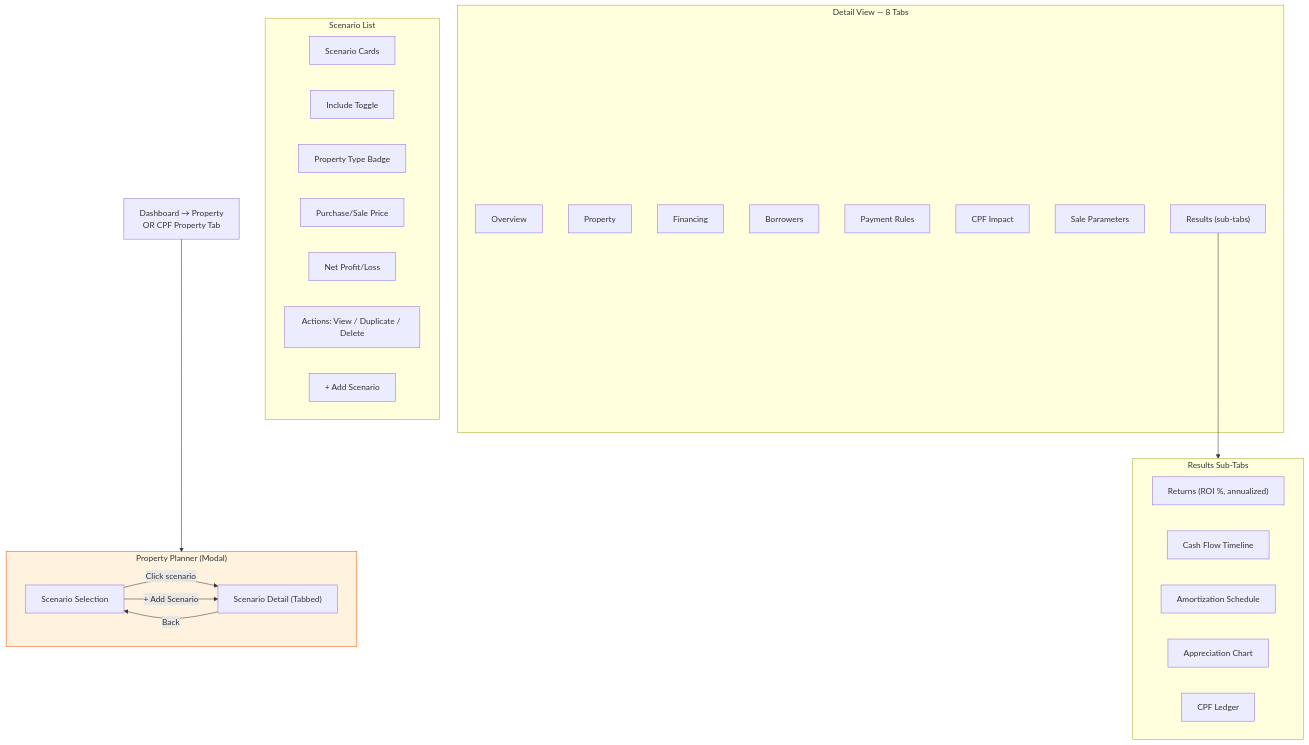
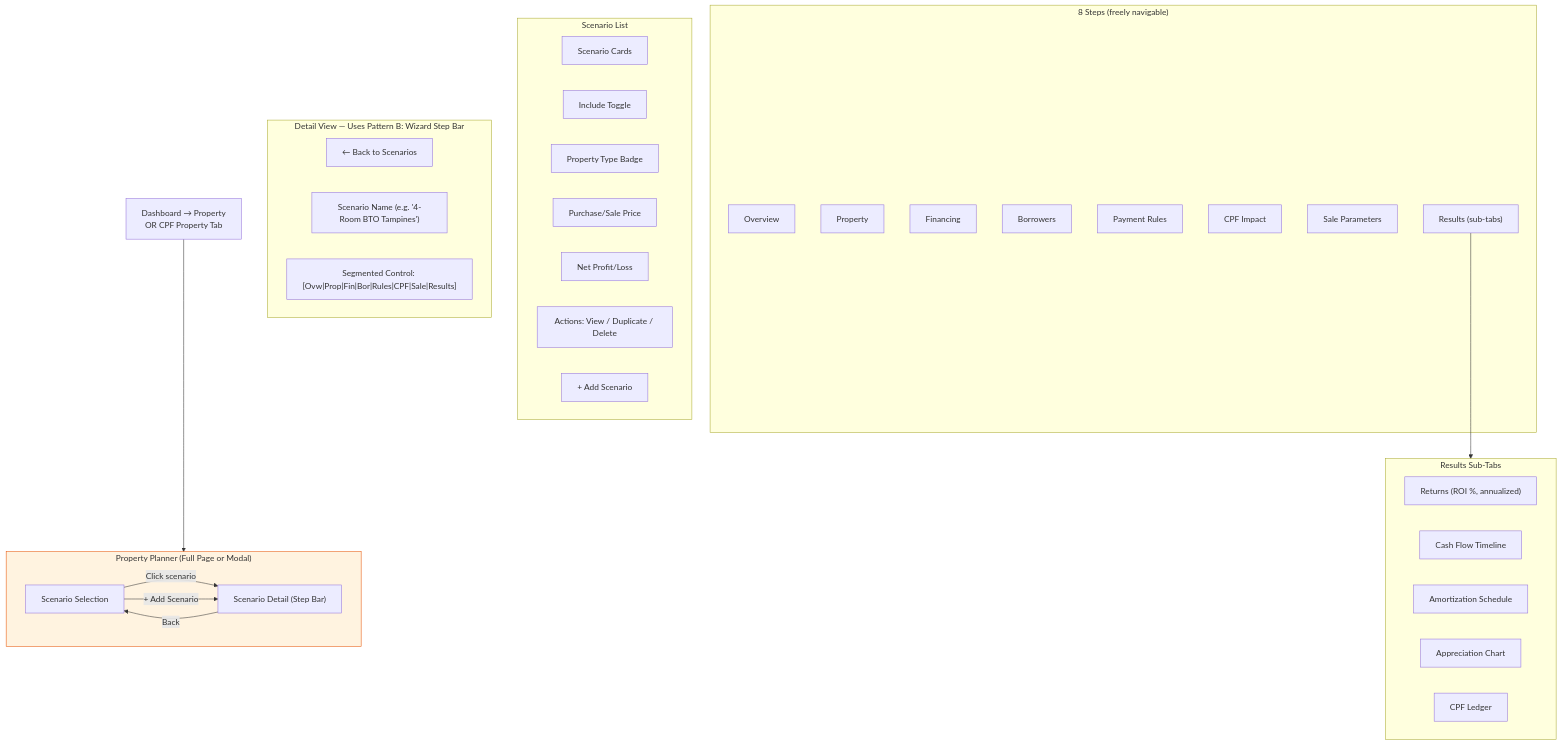
Diagram 33 of 43 in spec/assetra-user-journey-interaction-map.md (jcleow/wealthproject), drawn with Mermaid before and after one commit. The commit also changed other lines of this file and 2 other files, not shown here.

First line of the commit message:
fix: bump modal z-index to z-[200] and document standard nav patterns

````diff
--- a/spec/assetra-user-journey-interaction-map.md
+++ b/spec/assetra-user-journey-interaction-map.md
@@ -1065,46 +1273,52 @@
 ```mermaid
 flowchart TB
     ENTRY["Dashboard → Property\nOR CPF Property Tab"] --> PROP_MODAL["PropertyPlannerModal"]
 
-    subgraph PROP_MODAL["Property Planner (Modal)"]
+    subgraph PROP_MODAL["Property Planner (Full Page or Modal)"]
         LIST["Scenario Selection"]
-        DETAIL["Scenario Detail (Tabbed)"]
+        DETAIL["Scenario Detail (Step Bar)"]
     end
 
     LIST -->|"Click scenario"| DETAIL
     LIST -->|"+ Add Scenario"| DETAIL
     DETAIL -->|"Back"| LIST
 
     subgraph LIST_CONTENT["Scenario List"]
         SC1["Scenario Cards"]
         SC2["Include Toggle"]
         SC3["Property Type Badge"]
         SC4["Purchase/Sale Price"]
         SC5["Net Profit/Loss"]
         SC6["Actions: View / Duplicate / Delete"]
         SC7["+ Add Scenario"]
     end
 
-    subgraph DETAIL_TABS["Detail View — 8 Tabs"]
+    subgraph DETAIL_HEADER["Detail View — Uses Pattern B: Wizard Step Bar"]
+        BACK_BTN["← Back to Scenarios"]
+        SCENARIO_TITLE["Scenario Name (e.g. '4-Room BTO Tampines')"]
+        STEP_BAR["Segmented Control: [Ovw|Prop|Fin|Bor|Rules|CPF|Sale|Results]"]
+    end
+
+    subgraph DETAIL_STEPS["8 Steps (freely navigable)"]
         PT1["Overview"]
         PT2["Property"]
         PT3["Financing"]
         PT4["Borrowers"]
         PT5["Payment Rules"]
         PT6["CPF Impact"]
         PT7["Sale Parameters"]
         PT8["Results (sub-tabs)"]
     end
 
     subgraph RESULTS_SUB["Results Sub-Tabs"]
         R1["Returns (ROI %, annualized)"]
         R2["Cash Flow Timeline"]
         R3["Amortization Schedule"]
         R4["Appreciation Chart"]
         R5["CPF Ledger"]
     end
 
     PT8 --> RESULTS_SUB
 
     style PROP_MODAL fill:#fff3e0,stroke:#e65100
 ```
````
